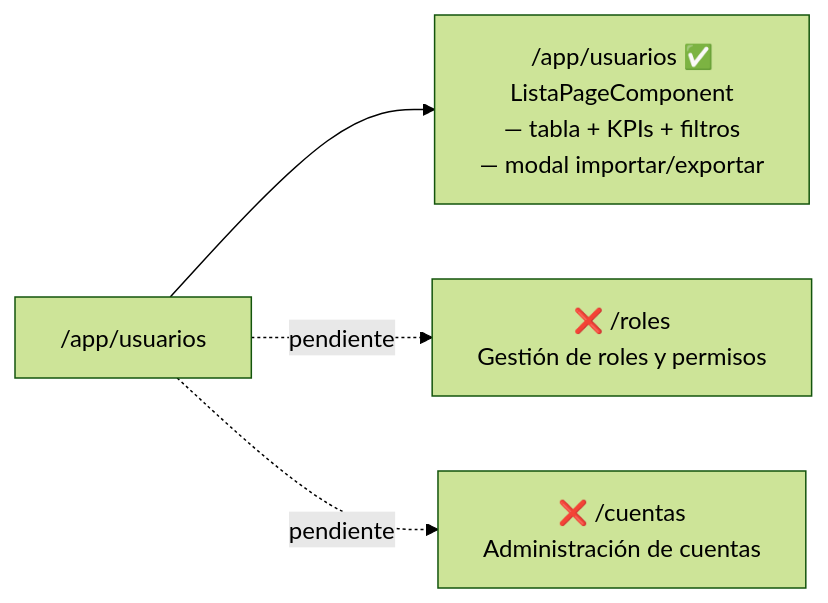
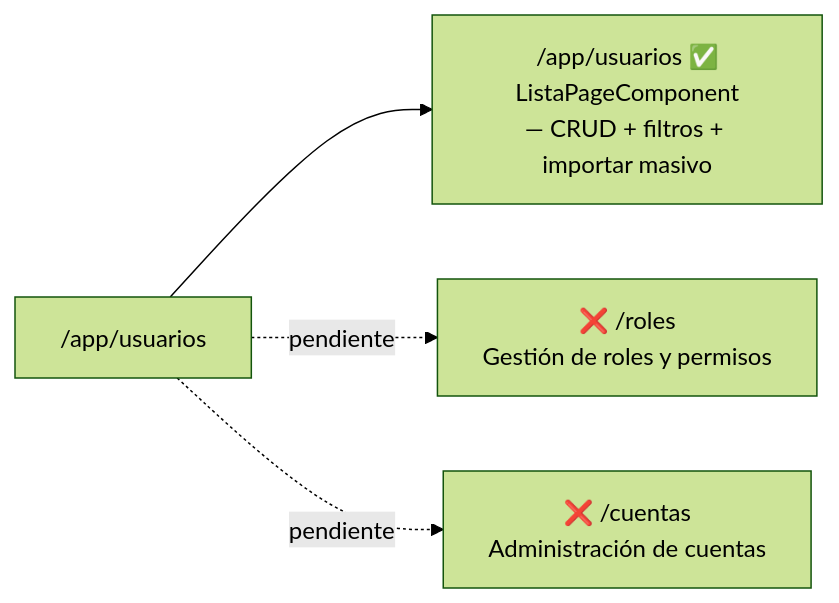
Before and after one commit to Brian7st/GastrosenaFrontend: the fourth of 4 diagrams in .ai/nav-map.md, drawn with Mermaid (forest theme). The commit also changed other lines of this file, not shown here.

````diff
--- a/.ai/nav-map.md
+++ b/.ai/nav-map.md
@@ -89,6 +89,6 @@
 ```mermaid
 flowchart LR
-    U["/app/usuarios"] --> LISTA["/app/usuarios ✅\nListaPageComponent\n— tabla + KPIs + filtros\n— modal importar/exportar"]
+    U["/app/usuarios"] --> LISTA["/app/usuarios ✅\nListaPageComponent\n— CRUD + filtros + importar masivo"]
     U -.->|pendiente| ROLES["❌ /roles\nGestión de roles y permisos"]
     U -.->|pendiente| CUENTAS["❌ /cuentas\nAdministración de cuentas"]
 ```
````
